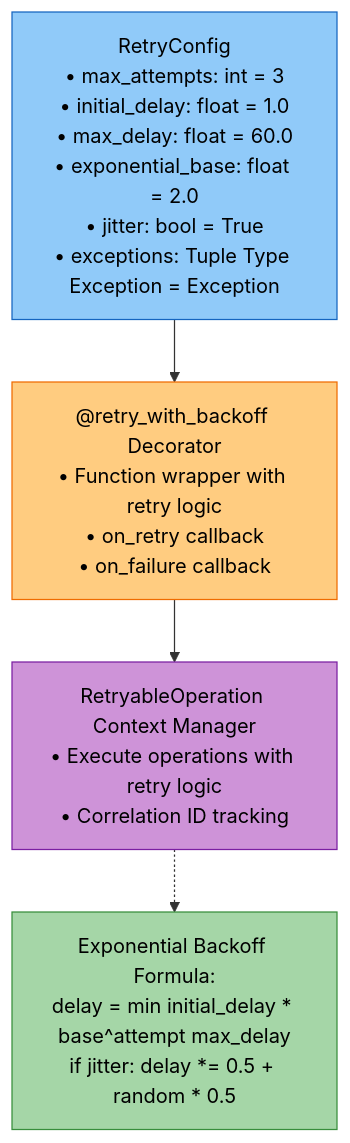
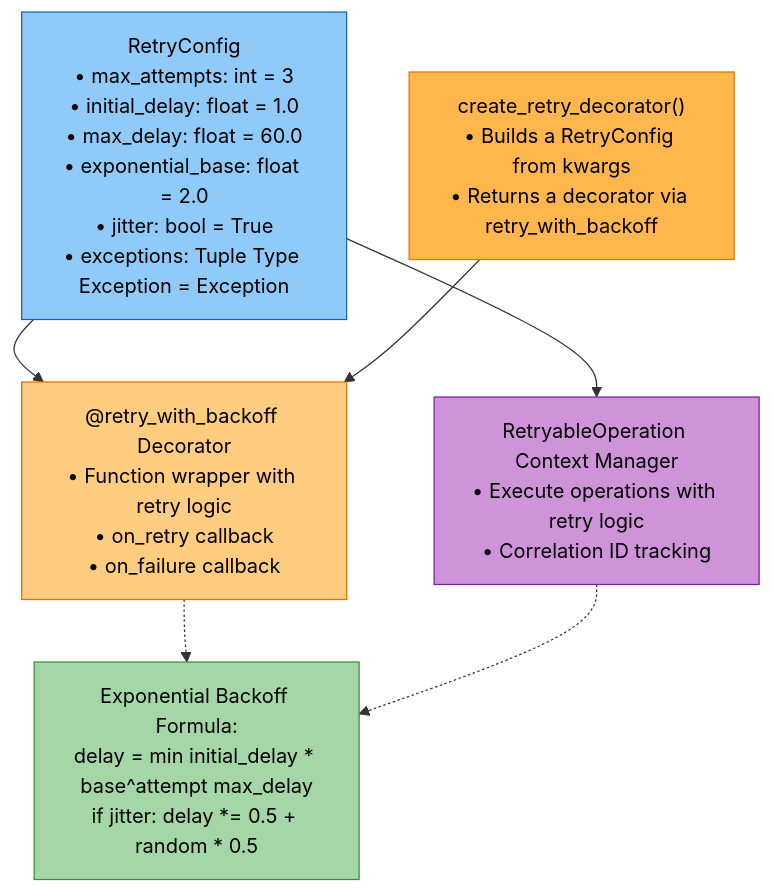
The first of 2 diagrams in docs/modules/utils.md (amit-jain/cogniverse), drawn with Mermaid before and after one commit. The commit also changed other lines of this file and 50 other files, not shown here.

First line of the commit message:
Complete and verify docs against code with mermaid palette

````diff
--- a/docs/modules/utils.md
+++ b/docs/modules/utils.md
@@ -55,16 +60,20 @@
 ```mermaid
 flowchart TB
     RC["<span style='color:#000'>RetryConfig<br/>• max_attempts: int = 3<br/>• initial_delay: float = 1.0<br/>• max_delay: float = 60.0<br/>• exponential_base: float = 2.0<br/>• jitter: bool = True<br/>• exceptions: Tuple Type Exception = Exception</span>"]
     DEC["<span style='color:#000'>@retry_with_backoff Decorator<br/>• Function wrapper with retry logic<br/>• on_retry callback<br/>• on_failure callback</span>"]
     CTX["<span style='color:#000'>RetryableOperation Context Manager<br/>• Execute operations with retry logic<br/>• Correlation ID tracking</span>"]
+    CRD["<span style='color:#000'>create_retry_decorator()<br/>• Builds a RetryConfig from kwargs<br/>• Returns a decorator via retry_with_backoff</span>"]
     FORMULA["<span style='color:#000'>Exponential Backoff Formula:<br/>delay = min initial_delay * base^attempt max_delay<br/>if jitter: delay *= 0.5 + random * 0.5</span>"]
 
     RC --> DEC
-    DEC --> CTX
+    RC --> CTX
+    CRD --> DEC
+    DEC -.-> FORMULA
     CTX -.-> FORMULA
 
     style RC fill:#90caf9,stroke:#1565c0,color:#000
     style DEC fill:#ffcc80,stroke:#ef6c00,color:#000
     style CTX fill:#ce93d8,stroke:#7b1fa2,color:#000
+    style CRD fill:#ffb74d,stroke:#ef6c00,color:#000
     style FORMULA fill:#a5d6a7,stroke:#388e3c,color:#000
 ```
````
